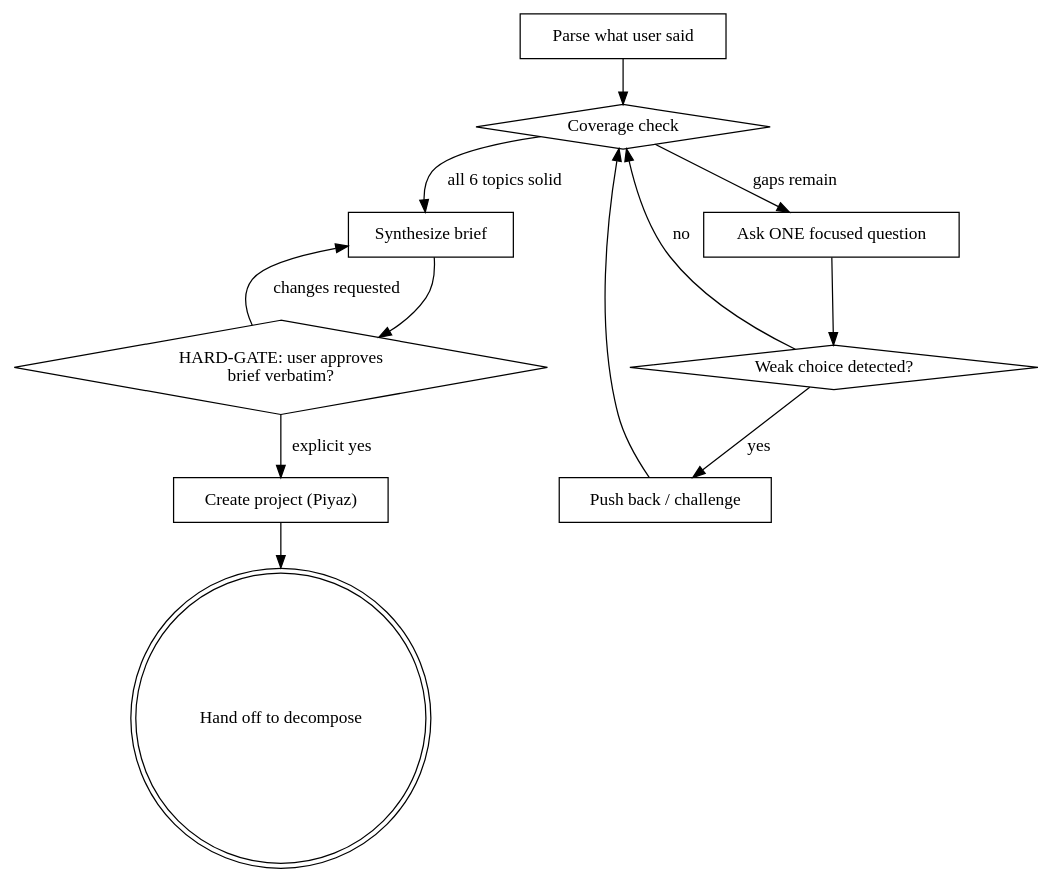
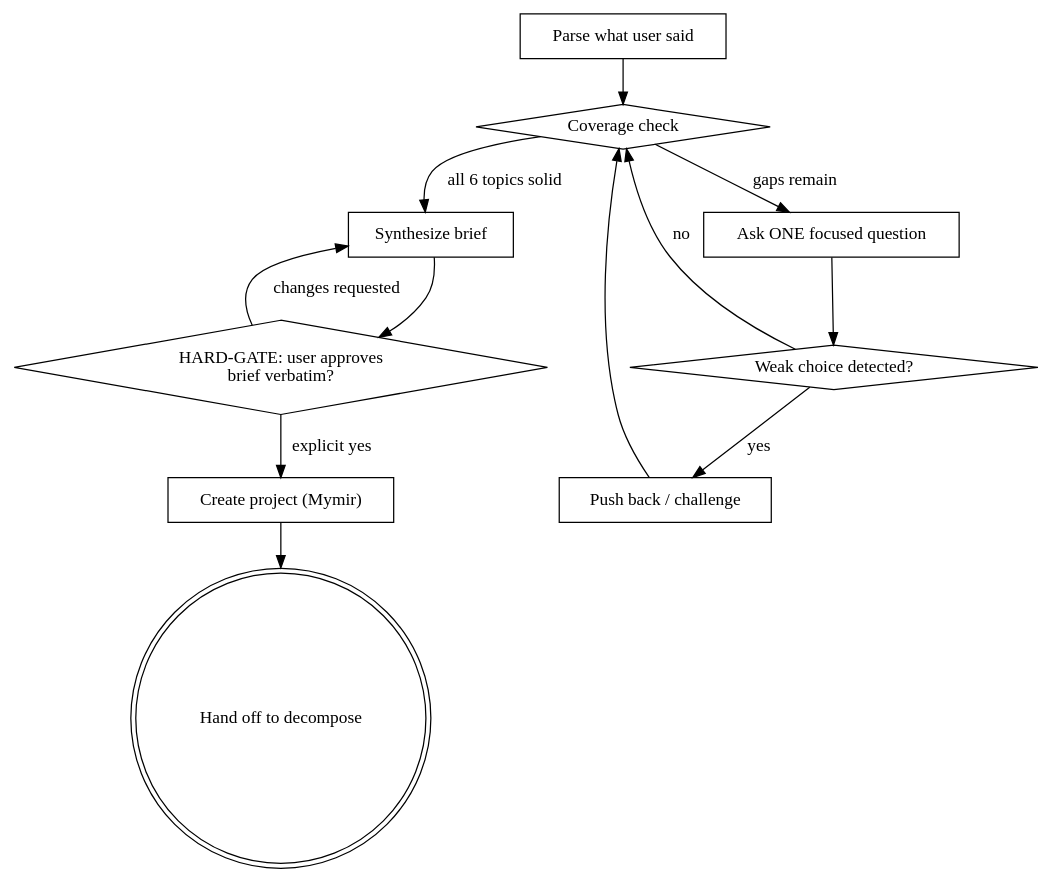
The diagram in plugins/claude-code/agents/brainstorm.md (FrkAk/piyaz), drawn with Graphviz before and after one commit. The commit also changed other lines of this file and 143 other files, not shown here.

First line of the commit message:
Revert "chore: rebrand mymir to piyaz across code, plugins, MCP tools, db, an…"

````diff
--- a/plugins/claude-code/agents/brainstorm.md
+++ b/plugins/claude-code/agents/brainstorm.md
@@ -55,25 +55,25 @@
 ```dot
 digraph brainstorm {
     "Parse what user said" [shape=box];
     "Coverage check" [shape=diamond];
     "Ask ONE focused question" [shape=box];
     "Push back / challenge" [shape=box];
     "Weak choice detected?" [shape=diamond];
     "Synthesize brief" [shape=box];
     "HARD-GATE: user approves\nbrief verbatim?" [shape=diamond];
-    "Create project (Piyaz)" [shape=box];
+    "Create project (Mymir)" [shape=box];
     "Hand off to decompose" [shape=doublecircle];
 
     "Parse what user said" -> "Coverage check";
     "Coverage check" -> "Ask ONE focused question" [label="gaps remain"];
     "Coverage check" -> "Synthesize brief" [label="all 6 topics solid"];
     "Ask ONE focused question" -> "Weak choice detected?";
     "Weak choice detected?" -> "Push back / challenge" [label="yes"];
     "Weak choice detected?" -> "Coverage check" [label="no"];
     "Push back / challenge" -> "Coverage check";
     "Synthesize brief" -> "HARD-GATE: user approves\nbrief verbatim?";
     "HARD-GATE: user approves\nbrief verbatim?" -> "Synthesize brief" [label="changes requested"];
-    "HARD-GATE: user approves\nbrief verbatim?" -> "Create project (Piyaz)" [label="explicit yes"];
-    "Create project (Piyaz)" -> "Hand off to decompose";
+    "HARD-GATE: user approves\nbrief verbatim?" -> "Create project (Mymir)" [label="explicit yes"];
+    "Create project (Mymir)" -> "Hand off to decompose";
 }
 ```
````
